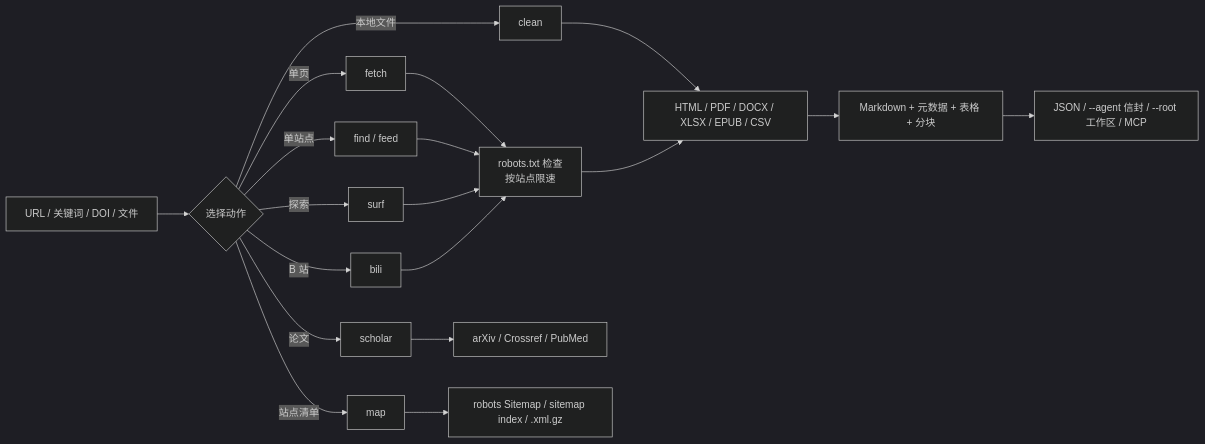
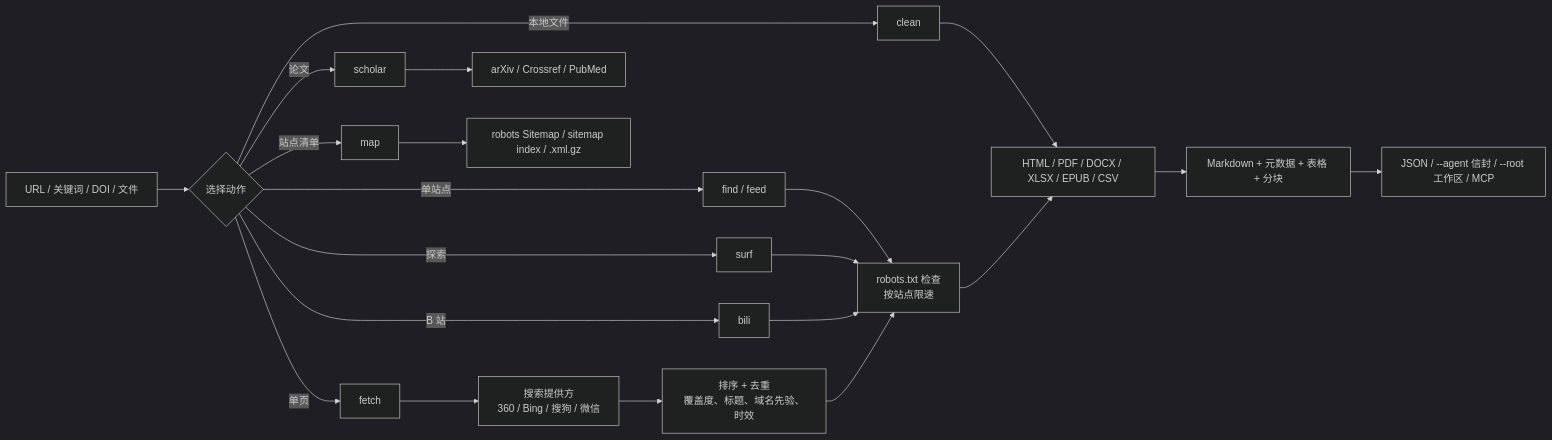
The diagram in README_zh.md (JiamingShi-JsPhys/web-forager), drawn with Mermaid (dark theme) before and after one commit. The commit also changed other lines of this file and 53 other files, not shown here.

````diff
--- a/README_zh.md
+++ b/README_zh.md
@@ -202,22 +245,24 @@
 ```mermaid
 flowchart LR
     IN["URL / 关键词 / DOI / 文件"] --> SEL{"选择动作"}
     SEL -->|单页| F["fetch"]
     SEL -->|单站点| FD["find / feed"]
     SEL -->|本地文件| C["clean"]
     SEL -->|论文| S["scholar"]
     SEL -->|站点清单| M["map"]
     SEL -->|探索| W["surf"]
     SEL -->|B 站| B["bili"]
 
-    F --> HTTP["robots.txt 检查<br/>按站点限速"]
+    F --> SEARCH["搜索提供方<br/>360 / Bing / 搜狗 / 微信"]
     FD --> HTTP
     C --> EXT["HTML / PDF / DOCX / XLSX / EPUB / CSV"]
     S --> API["arXiv / Crossref / PubMed"]
     M --> SM["robots Sitemap / sitemap index / .xml.gz"]
     W --> HTTP
     B --> HTTP
+    SEARCH --> RANK["排序 + 去重<br/>覆盖度、标题、域名先验、时效"]
+    RANK --> HTTP["robots.txt 检查<br/>按站点限速"]
     HTTP --> EXT
     EXT --> MD["Markdown + 元数据 + 表格 + 分块"]
     MD --> OUT["JSON / --agent 信封 / --root 工作区 / MCP"]
 ```
````
